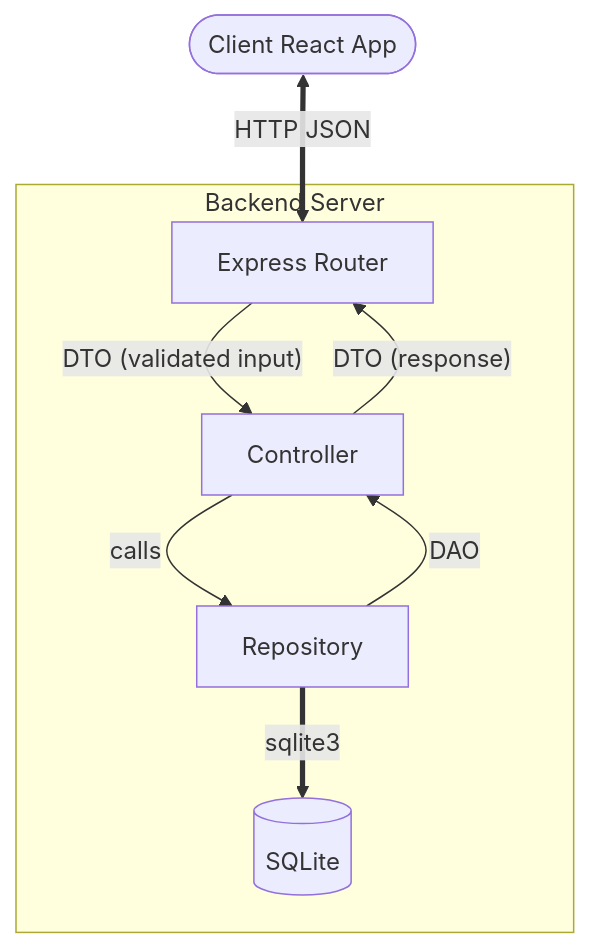
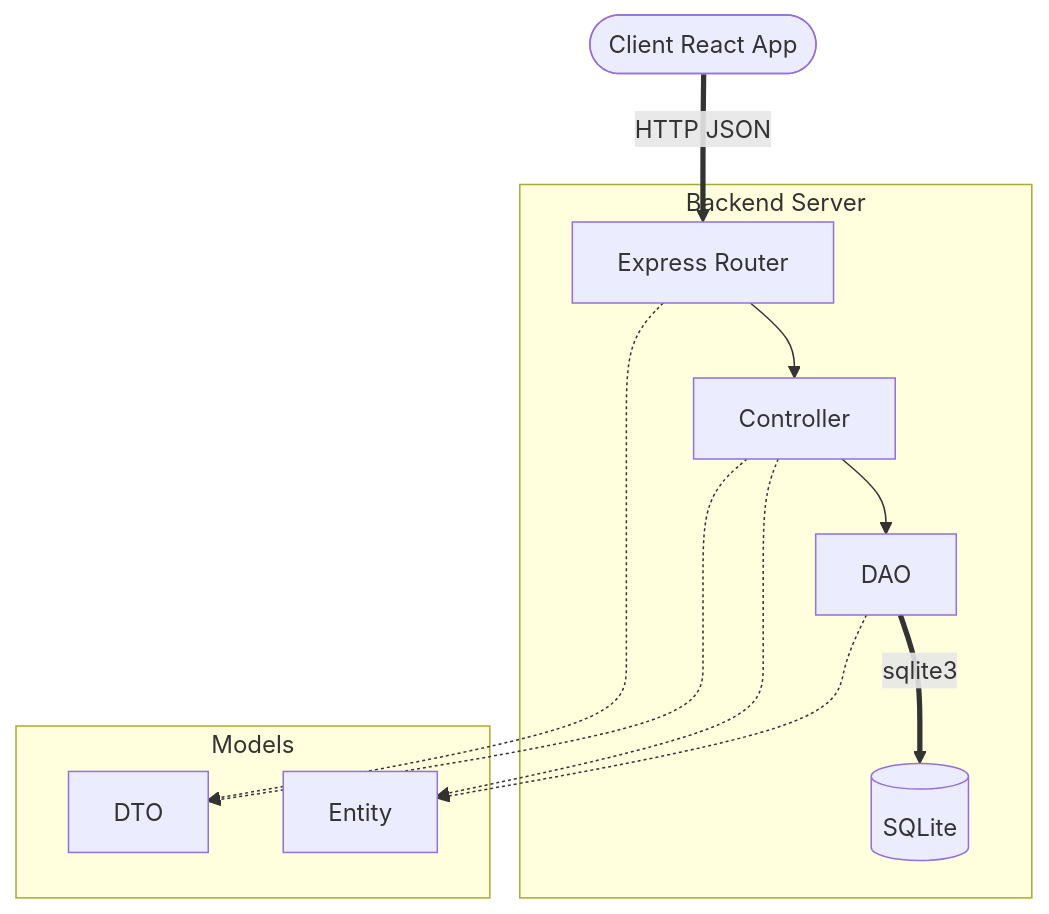
The first of 2 diagrams in README.md (polito-WA1-2026-exam/exam-1-last-race-devgfe), drawn with Mermaid before and after one commit. The commit also changed other lines of this file and 1 other file, not shown here.

Commit message:
docs: update README and swagger

````diff
--- a/README.md
+++ b/README.md
@@ -27,18 +27,25 @@
 ```mermaid
 flowchart TD
     Client([Client React App])
 
     subgraph Server [Backend Server]
         Router[Express Router]
         Controller[Controller]
-        Repo[Repository]
+        DAO[DAO]
         Database[(SQLite)]
     end
 
-    Client <== "HTTP JSON" ==> Router
-    Router -- "DTO (validated input)" --> Controller
-    Controller -- "calls" --> Repo
-    Repo -- "DAO" --> Controller
-    Controller -- "DTO (response)" --> Router
-    Repo == "sqlite3" ==> Database
+    subgraph Models [Models]
+        DTO[DTO]
+        Entity[Entity]
+    end
+
+    Client == "HTTP JSON" ==> Router
+    Router --> Controller
+    Controller --> DAO
+    DAO == "sqlite3" ==> Database
+    Controller -.-> Entity
+    DAO -.-> Entity
+    Controller -.-> DTO
+    Router -.-> DTO
 ```
````
